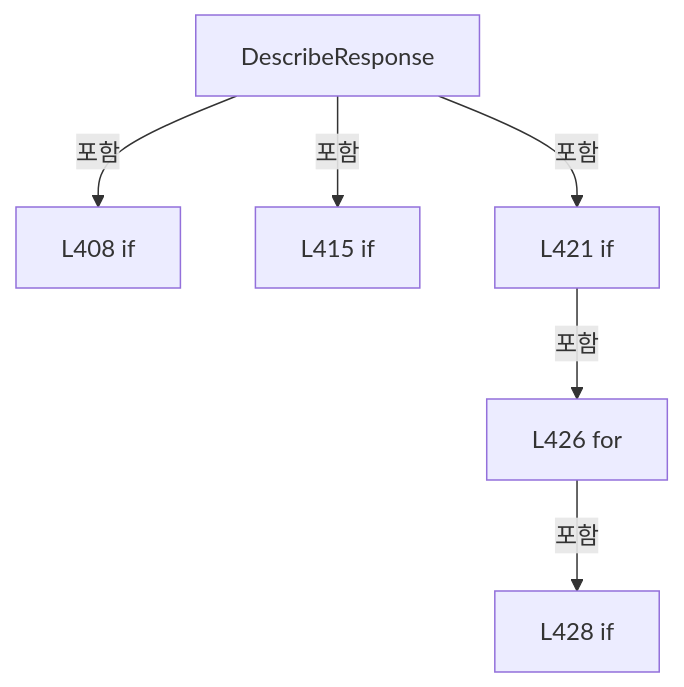
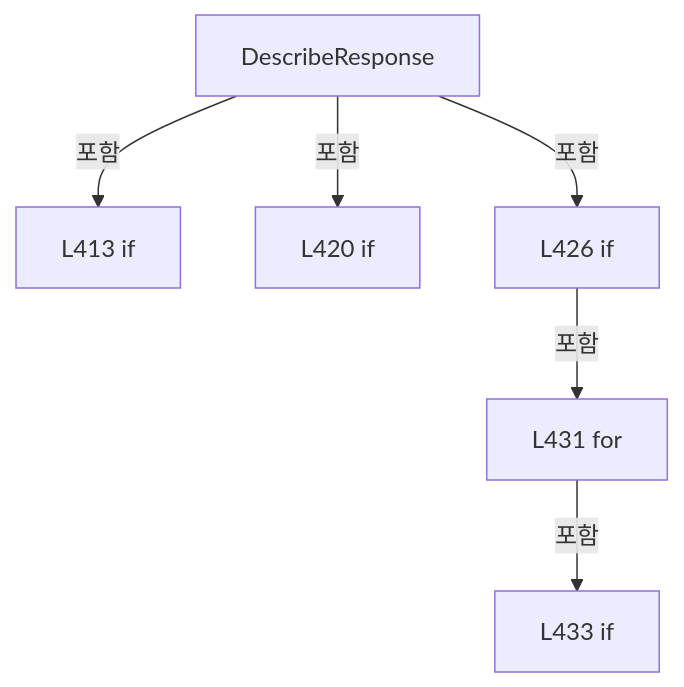
Before and after one commit to kjuws10-rgb/Shared: diagram 15 of 40 in A3 LD Code Ref/files/Drilling.Common/Interface/Vision/CVisionComm.cs.md, drawn with Mermaid. The commit also changed other lines of this file and 2071 other files, not shown here.

Commit message:
docs(a3): update 11.19.0 architecture and code reference

````diff
--- a/A3 LD Code Ref/files/Drilling.Common/Interface/Vision/CVisionComm.cs.md
+++ b/A3 LD Code Ref/files/Drilling.Common/Interface/Vision/CVisionComm.cs.md
@@ -1873,14 +1873,14 @@
 ```mermaid
 flowchart TD
  M["DescribeResponse"]
- N0["L408 if"]
+ N0["L413 if"]
  M -->|포함| N0
- N1["L415 if"]
+ N1["L420 if"]
  M -->|포함| N1
- N2["L421 if"]
+ N2["L426 if"]
  M -->|포함| N2
- N3["L426 for"]
+ N3["L431 for"]
  N2 -->|포함| N3
- N4["L428 if"]
+ N4["L433 if"]
  N3 -->|포함| N4
 ```
````
